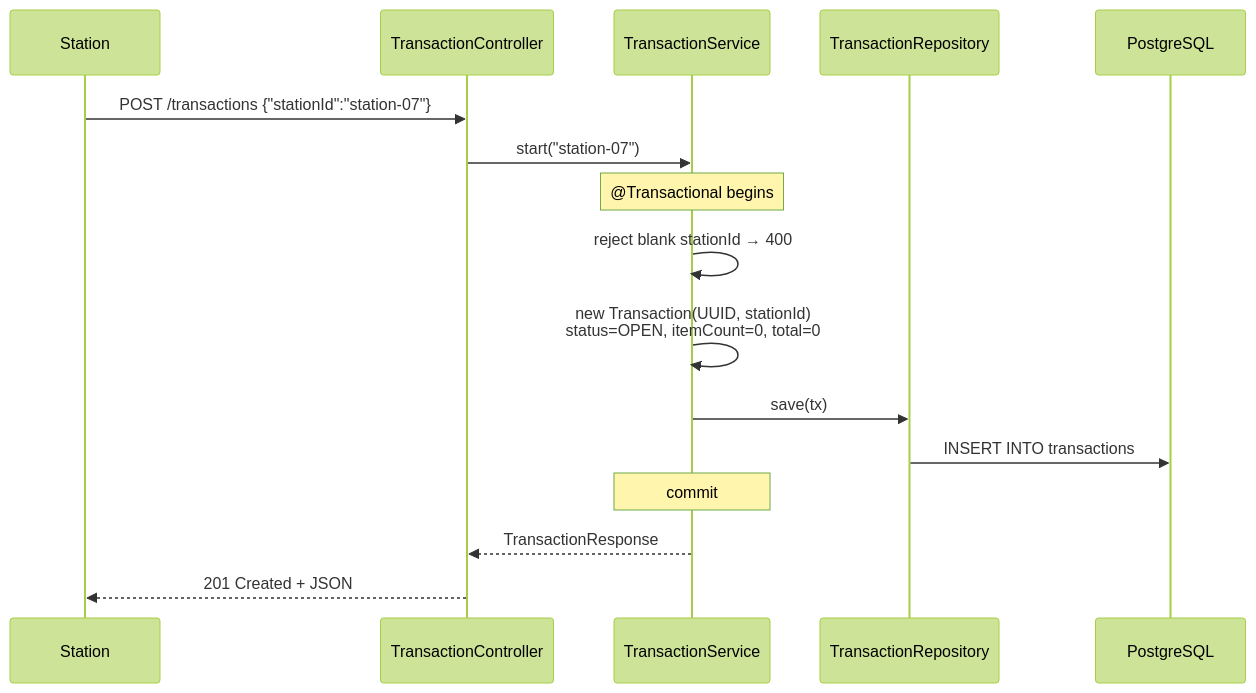
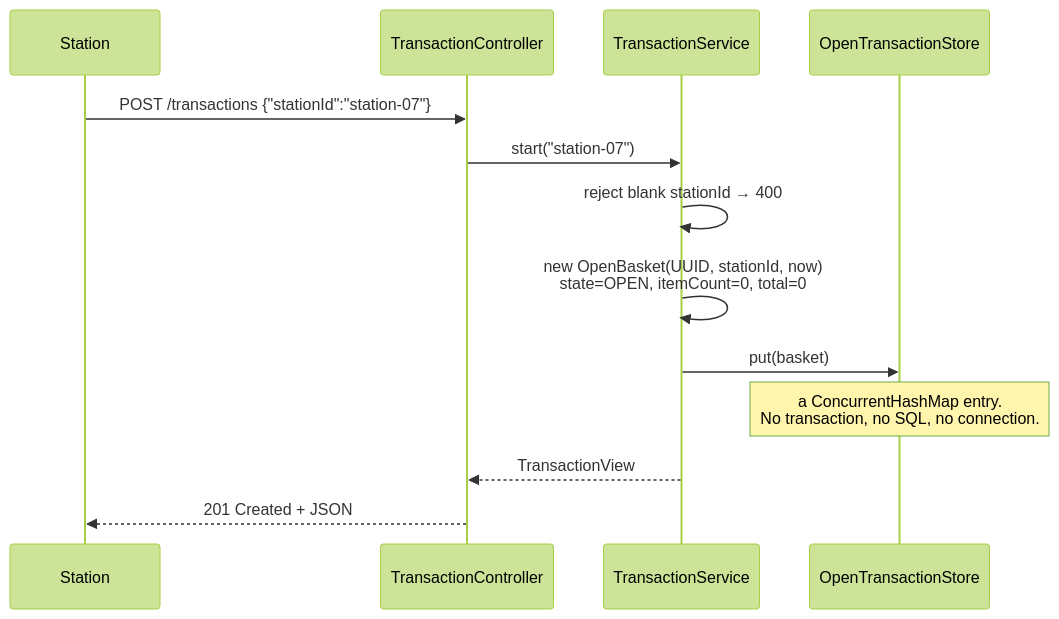
The second of 8 diagrams in DEVELOPER_GUIDE.md (Vatsalya2003/self_checkout_system), drawn with Mermaid (forest theme) before and after one commit. The commit also changed other lines of this file and 4 other files, not shown here.

````diff
--- a/DEVELOPER_GUIDE.md
+++ b/DEVELOPER_GUIDE.md
@@ -178,19 +179,16 @@
 ```mermaid
 sequenceDiagram
     participant C as Station
     participant TC as TransactionController
     participant TS as TransactionService
-    participant TR as TransactionRepository
-    participant DB as PostgreSQL
+    participant OTS as OpenTransactionStore
 
     C->>TC: POST /transactions {"stationId":"station-07"}
     TC->>TS: start("station-07")
-    Note over TS: @Transactional begins
     TS->>TS: reject blank stationId → 400
-    TS->>TS: new Transaction(UUID, stationId)<br/>status=OPEN, itemCount=0, total=0
-    TS->>TR: save(tx)
-    TR->>DB: INSERT INTO transactions
-    Note over TS: commit
-    TS-->>TC: TransactionResponse
+    TS->>TS: new OpenBasket(UUID, stationId, now)<br/>state=OPEN, itemCount=0, total=0
+    TS->>OTS: put(basket)
+    Note over OTS: a ConcurrentHashMap entry.<br/>No transaction, no SQL, no connection.
+    TS-->>TC: TransactionView
     TC-->>C: 201 Created + JSON
 ```
````
